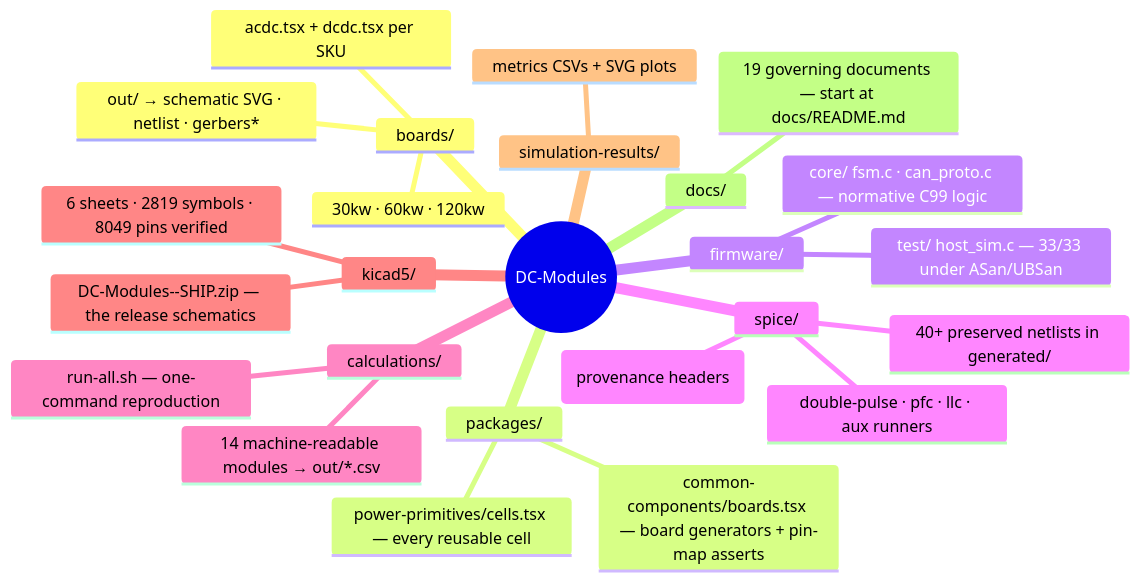
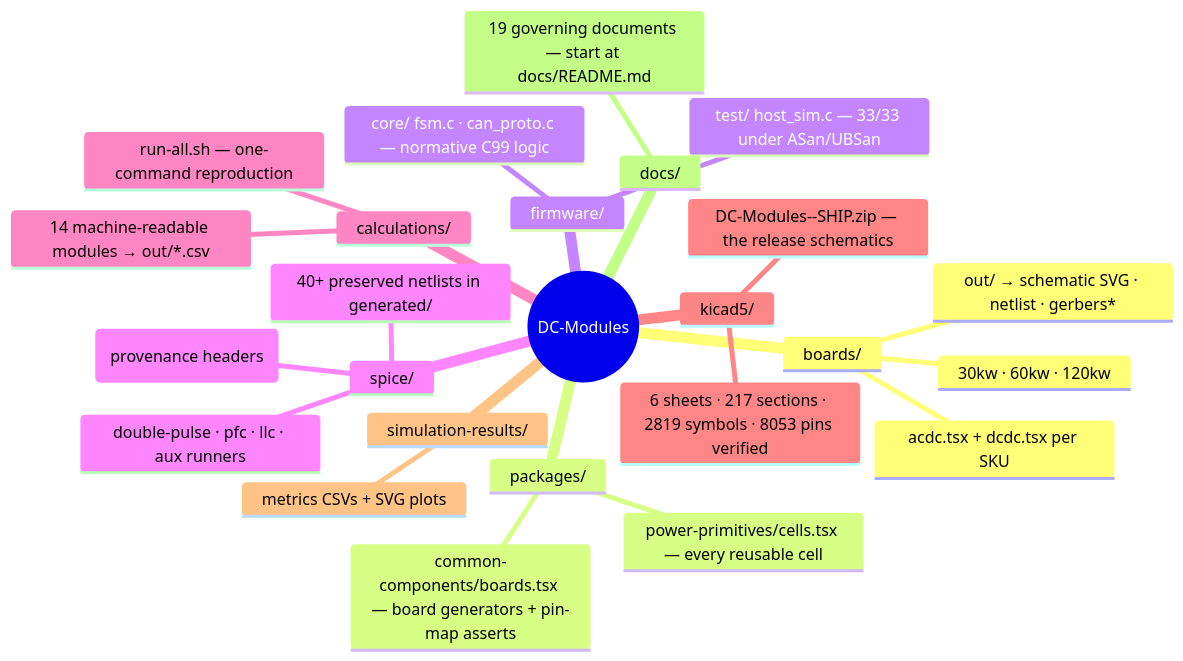
The second of 3 diagrams in README.md (vectivolt/DC-Modules), drawn with Mermaid before and after one commit. The commit also changed 7 other files, not shown here.

````diff
--- a/README.md
+++ b/README.md
@@ -82,28 +82,28 @@
 ```mermaid
 mindmap
   root((DC-Modules))
     boards/
       30kw · 60kw · 120kw
       acdc.tsx + dcdc.tsx per SKU
       out/ → schematic SVG · netlist · gerbers*
     packages/
       power-primitives/cells.tsx — every reusable cell
       common-components/boards.tsx — board generators + pin-map asserts
     firmware/
       core/ fsm.c · can_proto.c — normative C99 logic
       test/ host_sim.c — 33/33 under ASan/UBSan
     spice/
       models/ behavioral SiC lib (provenance headers)
       40+ preserved netlists in generated/
       double-pulse · pfc · llc · aux runners
     calculations/
       14 machine-readable modules → out/*.csv
       run-all.sh — one-command reproduction
     kicad5/
       DC-Modules-<sku>-SHIP.zip — the release schematics
-      6 sheets · 2819 symbols · 8049 pins verified
+      6 sheets · 217 sections · 2819 symbols · 8053 pins verified
     simulation-results/
       metrics CSVs + SVG plots
     docs/
       19 governing documents — start at docs/README.md
 ```
````
